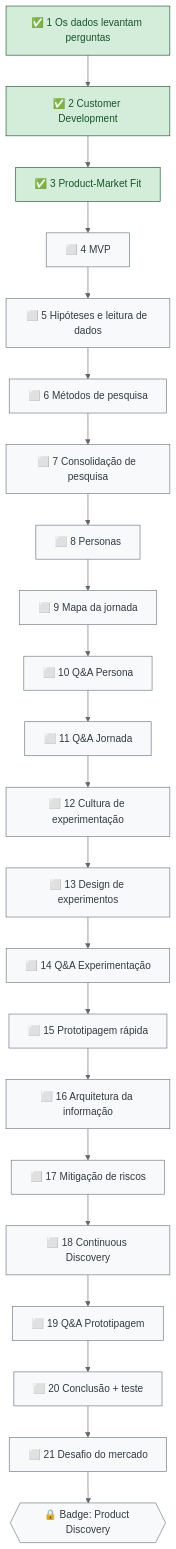
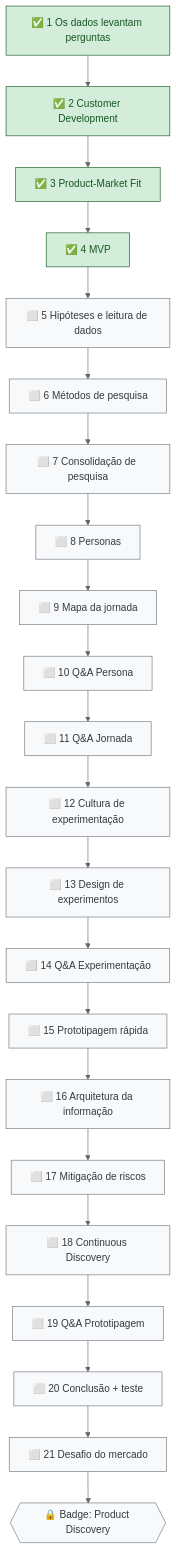
Before and after one commit to letsprown-code/po-learning-journal: the fourth of 7 diagrams in mapa-de-estudos.md, drawn with Mermaid (neutral theme). The commit also changed other lines of this file and 3 other files, not shown here.

```diff
--- a/mapa-de-estudos.md
+++ b/mapa-de-estudos.md
@@ -141,14 +141,14 @@
 ~~~mermaid
 flowchart TD
-    D1["✅ 1 Os dados levantam perguntas"] --> D2["✅ 2 Customer Development"] --> D3["✅ 3 Product-Market Fit"] --> D4["⬜ 4 MVP"]
+    D1["✅ 1 Os dados levantam perguntas"] --> D2["✅ 2 Customer Development"] --> D3["✅ 3 Product-Market Fit"] --> D4["✅ 4 MVP"]
     D4 --> D5["⬜ 5 Hipóteses e leitura de dados"] --> D6["⬜ 6 Métodos de pesquisa"] --> D7["⬜ 7 Consolidação de pesquisa"]
     D7 --> D8["⬜ 8 Personas"] --> D9["⬜ 9 Mapa da jornada"] --> D10["⬜ 10 Q&A Persona"] --> D11["⬜ 11 Q&A Jornada"]
     D11 --> D12["⬜ 12 Cultura de experimentação"] --> D13["⬜ 13 Design de experimentos"] --> D14["⬜ 14 Q&A Experimentação"]
     D14 --> D15["⬜ 15 Prototipagem rápida"] --> D16["⬜ 16 Arquitetura da informação"] --> D17["⬜ 17 Mitigação de riscos"]
     D17 --> D18["⬜ 18 Continuous Discovery"] --> D19["⬜ 19 Q&A Prototipagem"] --> D20["⬜ 20 Conclusão + teste"] --> D21["⬜ 21 Desafio do mercado"]
     D21 --> B3{{"🔒 Badge: Product Discovery"}}
     classDef done fill:#d4edda,stroke:#155724,color:#155724
     classDef todo fill:#f8f9fa,stroke:#6c757d,color:#343a40
-    class D1,D2,D3 done
-    class D4,D5,D6,D7,D8,D9,D10,D11,D12,D13,D14,D15,D16,D17,D18,D19,D20,D21,B3 todo
+    class D1,D2,D3,D4 done
+    class D5,D6,D7,D8,D9,D10,D11,D12,D13,D14,D15,D16,D17,D18,D19,D20,D21,B3 todo
 ~~~
```
